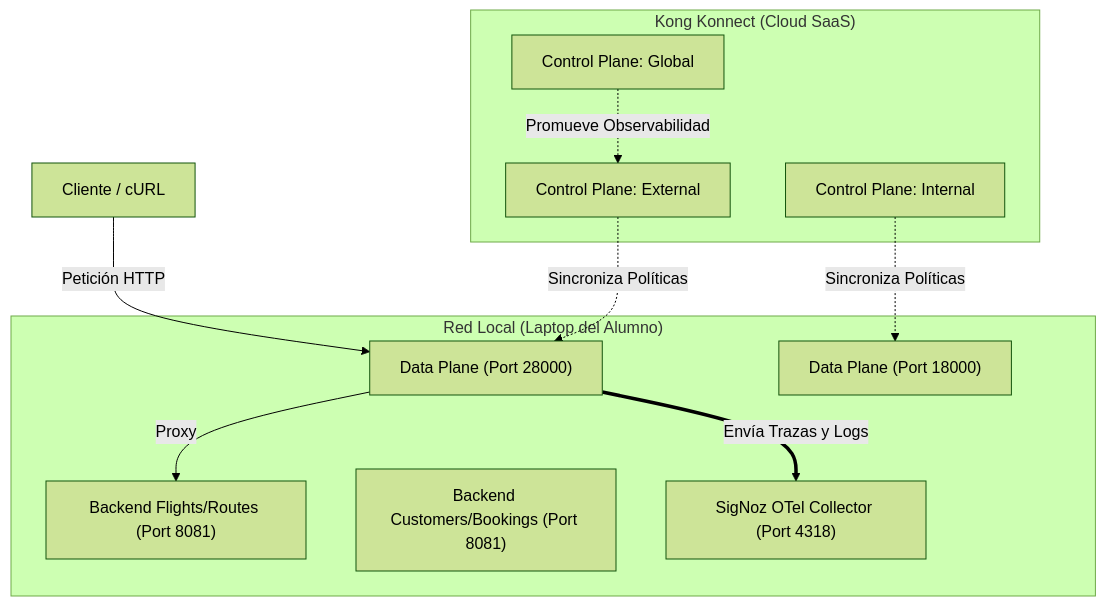
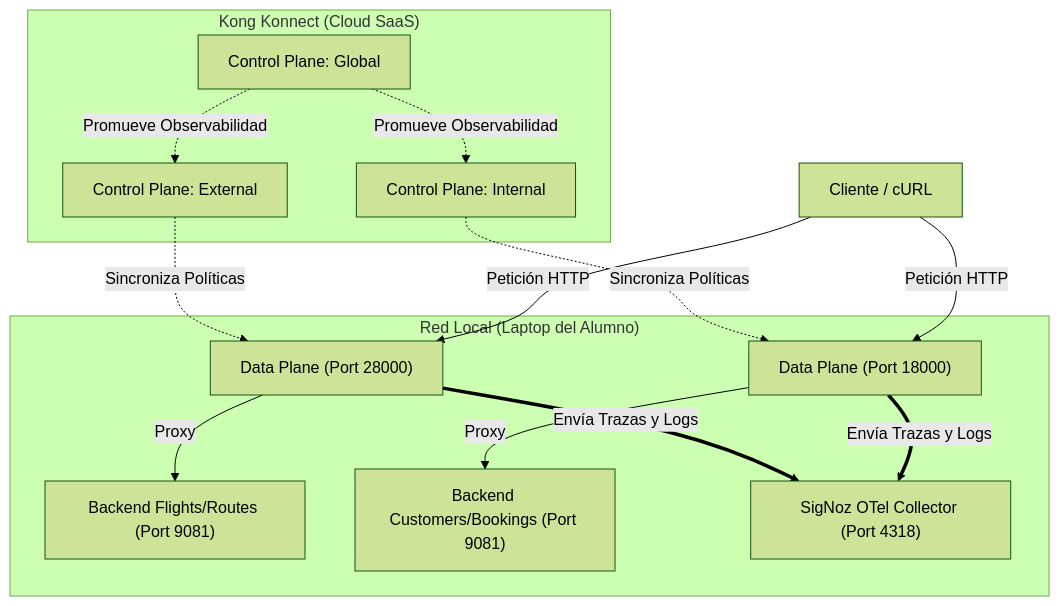
One commit to rzengin/kong-workshop-consolidado changed the first of 9 diagrams in Guia_Paso_a_Paso.md. Above: the diagram before and after it, drawn with Mermaid (forest theme). The commit also changed other lines of this file and 110 other files, not shown here.

````diff
--- a/Guia_Paso_a_Paso.md
+++ b/Guia_Paso_a_Paso.md
@@ -46,28 +46,34 @@
 ```mermaid
 flowchart TB
     subgraph SaaS ["Kong Konnect (Cloud SaaS)"]
         CP_G[Control Plane: Global]
         CP_E[Control Plane: External]
         CP_I[Control Plane: Internal]
     end
 
     subgraph Local ["Red Local (Laptop del Alumno)"]
         DP_E["Data Plane (Port 28000)"]
         DP_I["Data Plane (Port 18000)"]
         
-        Mock_E["Backend Flights/Routes (Port 8081)"]
-        Mock_I["Backend Customers/Bookings (Port 8081)"]
+        Mock_E["Backend Flights/Routes (Port 9081)"]
+        Mock_I["Backend Customers/Bookings (Port 9081)"]
         
         SigNoz["SigNoz OTel Collector (Port 4318)"]
     end
 
     Client["Cliente / cURL"]
 
     CP_E -. "Sincroniza Políticas" .-> DP_E
     CP_I -. "Sincroniza Políticas" .-> DP_I
     CP_G -. "Promueve Observabilidad" .-> CP_E
+    CP_G -. "Promueve Observabilidad" .-> CP_I
 
     Client -- "Petición HTTP" --> DP_E
+    Client -- "Petición HTTP" --> DP_I
+
     DP_E -- "Proxy" --> Mock_E
+    DP_I -- "Proxy" --> Mock_I
+
     DP_E == "Envía Trazas y Logs" ==> SigNoz
+    DP_I == "Envía Trazas y Logs" ==> SigNoz
 ```
````
